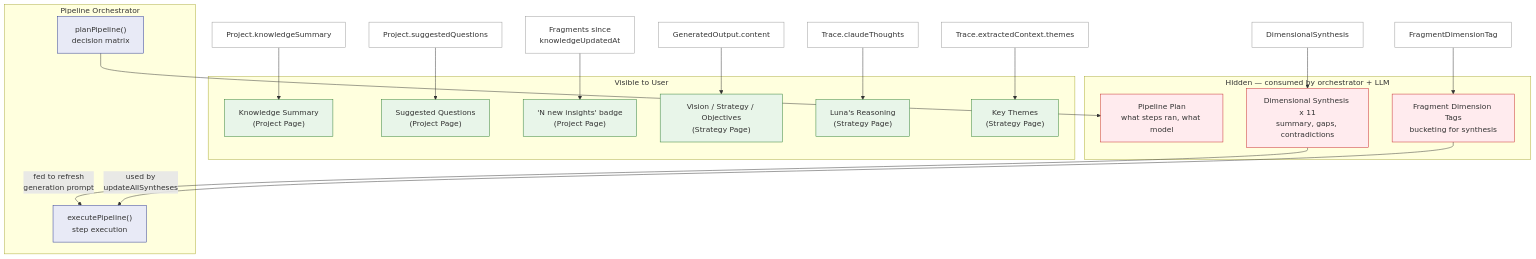
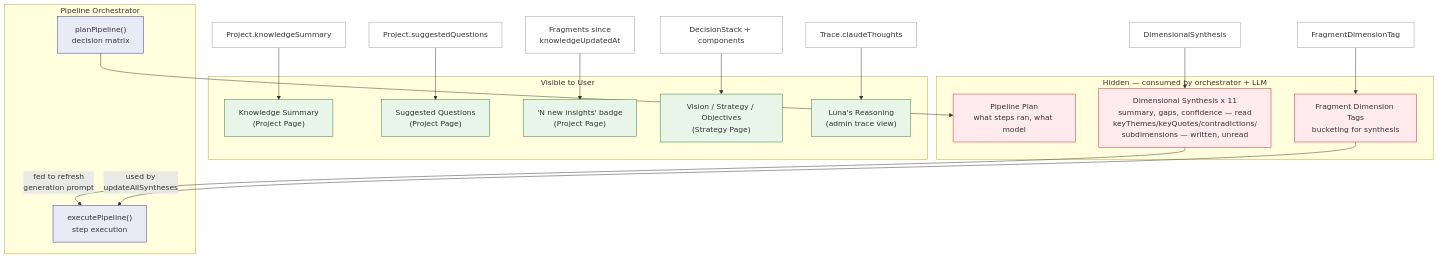
One commit to jonnyschneider/app.lunastak.io changed the fourth of 4 diagrams in docs/architecture/intelligence-pipeline-v2.md. Above: the diagram before and after it, drawn with Mermaid. The commit also changed other lines of this file and 1 other file, not shown here.

First line of the commit message:
docs: correct the pipeline + architecture docs against a full cross-reference

````diff
--- a/docs/architecture/intelligence-pipeline-v2.md
+++ b/docs/architecture/intelligence-pipeline-v2.md
@@ -284,42 +304,40 @@
 ```mermaid
 graph TD
     classDef visible fill:#e8f5e9,stroke:#2e7d32,color:#333
     classDef hidden fill:#ffebee,stroke:#c62828,color:#333
     classDef source fill:#fff,stroke:#999,color:#333
     classDef orch fill:#e8eaf6,stroke:#283593,color:#333
 
     subgraph VISIBLE ["Visible to User"]
         V1["Knowledge Summary<br/>(Project Page)"]:::visible
         V2["Suggested Questions<br/>(Project Page)"]:::visible
         V3["'N new insights' badge<br/>(Project Page)"]:::visible
         V4["Vision / Strategy / Objectives<br/>(Strategy Page)"]:::visible
-        V5["Luna's Reasoning<br/>(Strategy Page)"]:::visible
-        V6["Key Themes<br/>(Strategy Page)"]:::visible
+        V5["Luna's Reasoning<br/>(admin trace view)"]:::visible
     end
 
     subgraph HIDDEN ["Hidden — consumed by orchestrator + LLM"]
-        H1["Dimensional Synthesis x 11<br/>summary, gaps, contradictions"]:::hidden
+        H1["Dimensional Synthesis x 11<br/>summary, gaps, confidence — read<br/>keyThemes/keyQuotes/contradictions/<br/>subdimensions — written, unread"]:::hidden
         H2["Fragment Dimension Tags<br/>bucketing for synthesis"]:::hidden
         H3["Pipeline Plan<br/>what steps ran, what model"]:::hidden
     end
 
     subgraph ORCHESTRATOR ["Pipeline Orchestrator"]
         O1["planPipeline()<br/>decision matrix"]:::orch
         O2["executePipeline()<br/>step execution"]:::orch
     end
 
     %% Sources
     KS[Project.knowledgeSummary]:::source --> V1
     SQ[Project.suggestedQuestions]:::source --> V2
     FN["Fragments since<br/>knowledgeUpdatedAt"]:::source --> V3
-    GO[GeneratedOutput.content]:::source --> V4
+    GO[DecisionStack + components]:::source --> V4
     CT[Trace.claudeThoughts]:::source --> V5
-    EC[Trace.extractedContext.themes]:::source --> V6
 
     DS[DimensionalSynthesis]:::source --> H1
     DT[FragmentDimensionTag]:::source --> H2
     O1 --> H3
 
     H1 -->|"fed to refresh<br/>generation prompt"| O2
     H2 -->|"used by<br/>updateAllSyntheses"| O2
 ```
````
